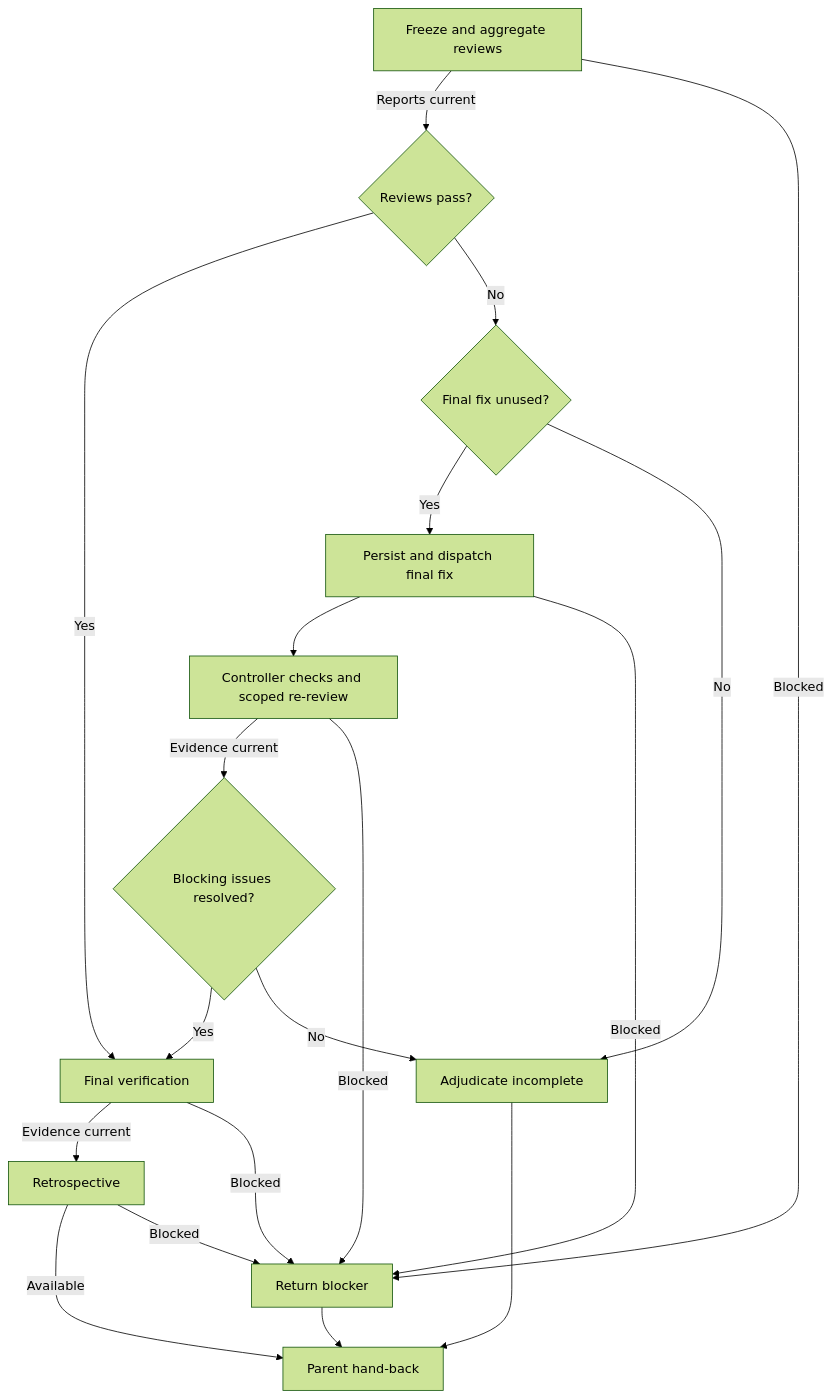
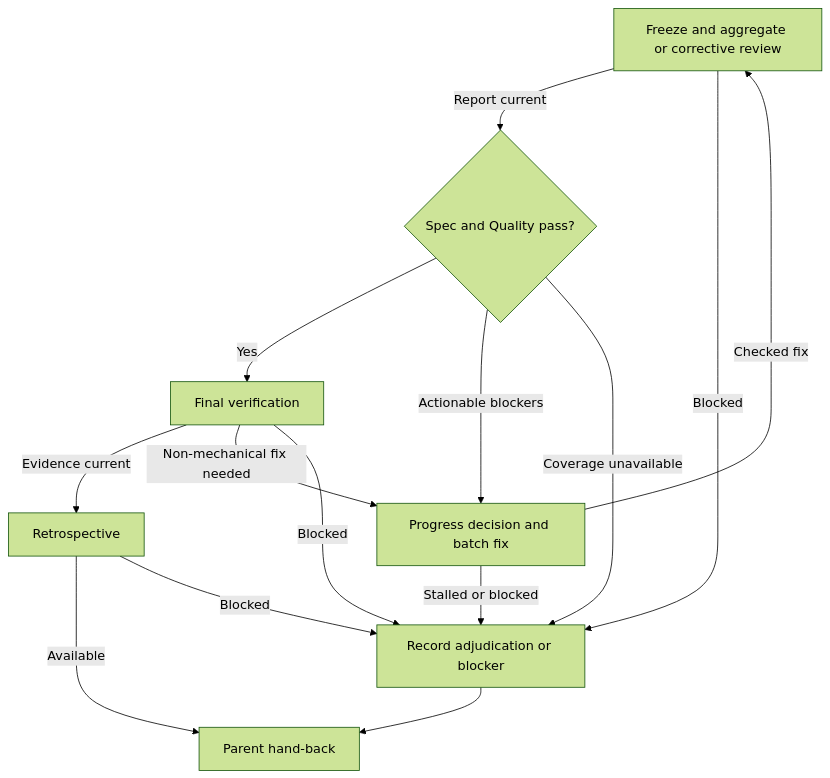
One commit to UseTheFork/spindle changed the diagram in src/blueprints/skills/int-subagent-driven-dev/references/full-spec.md. Above: the diagram before and after it, drawn with Mermaid (forest theme). The commit also changed other lines of this file and 16 other files, not shown here.

````diff
--- a/src/blueprints/skills/int-subagent-driven-dev/references/full-spec.md
+++ b/src/blueprints/skills/int-subagent-driven-dev/references/full-spec.md
@@ -5,21 +5,16 @@
 ```mermaid
 flowchart TD
-    A[Freeze and aggregate reviews] -- Reports current --> B{Reviews pass?}
-    A -- Blocked --> X[Return blocker]
-    B -- Yes --> C[Final verification]
-    B -- No --> D{Final fix unused?}
-    D -- Yes --> E[Persist and dispatch final fix]
-    E --> F[Controller checks and scoped re-review]
+    A[Freeze and aggregate or corrective review] -- Report current --> B{Spec and Quality pass?}
+    A -- Blocked --> X[Record adjudication or blocker]
+    B -- Yes --> D[Final verification]
+    B -- Actionable blockers --> C[Progress decision and batch fix]
+    B -- Coverage unavailable --> X
+    C -- Checked fix --> A
+    C -- Stalled or blocked --> X
+    D -- Evidence current --> E[Retrospective]
+    D -- Non-mechanical fix needed --> C
+    D -- Blocked --> X
+    E -- Available --> Q[Parent hand-back]
     E -- Blocked --> X
-    F -- Evidence current --> G{Blocking issues resolved?}
-    F -- Blocked --> X
-    G -- Yes --> C
-    G -- No --> Z[Adjudicate incomplete]
-    D -- No --> Z
-    C -- Evidence current --> H[Retrospective]
-    C -- Blocked --> X
-    H -- Available --> Q[Parent hand-back]
-    H -- Blocked --> X
-    Z --> Q
     X --> Q
 ```
````
